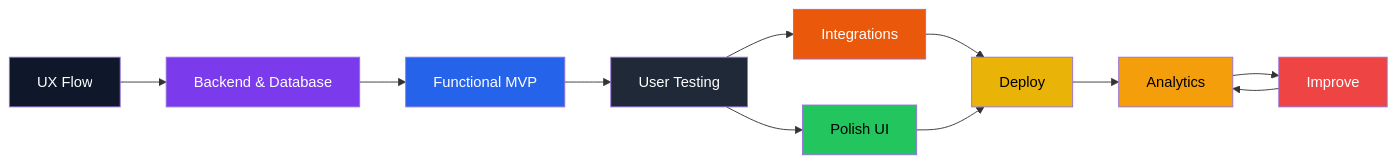
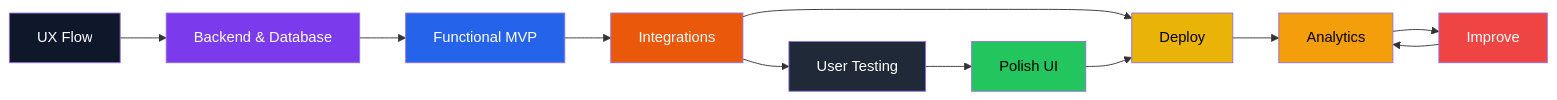
One commit to Monika-3/Monika-3 changed the diagram in README.md. Above: the diagram before and after it, drawn with Mermaid.

````diff
--- a/README.md
+++ b/README.md
@@ -41,27 +41,27 @@
 ```mermaid
 flowchart LR
 
 UX[UX Flow] --> BD[Backend & Database]
 BD --> MVP[Functional MVP]
 
-MVP --> UT[User Testing]
-UT --> INT[Integrations]
+MVP --> INT[Integrations]
+INT --> UT[User Testing]
 
 UT --> UI[Polish UI]
 INT --> DEP[Deploy]
 
 UI --> DEP[Deploy]
 DEP --> AN[Analytics]
 AN --> IMP[Improve]
 IMP --> AN
 
 style UX fill:#0f172a,color:#fff
 style BD fill:#7c3aed,color:#fff
 style MVP fill:#2563eb,color:#fff
 style UT fill:#1f2937,color:#fff
 style INT fill:#ea580c,color:#fff
 style UI fill:#22c55e,color:#000
 style DEP fill:#eab308,color:#000
 style AN fill:#f59e0b,color:#000
 style IMP fill:#ef4444,color:#fff
 ```
````
